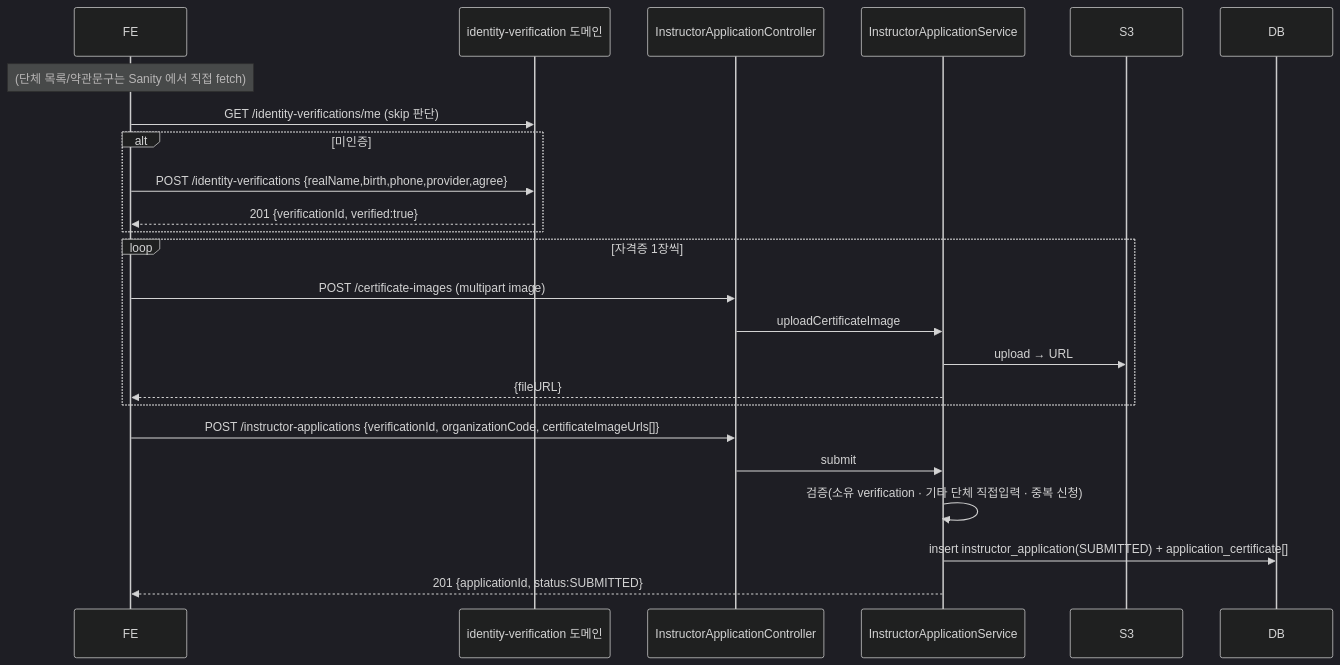
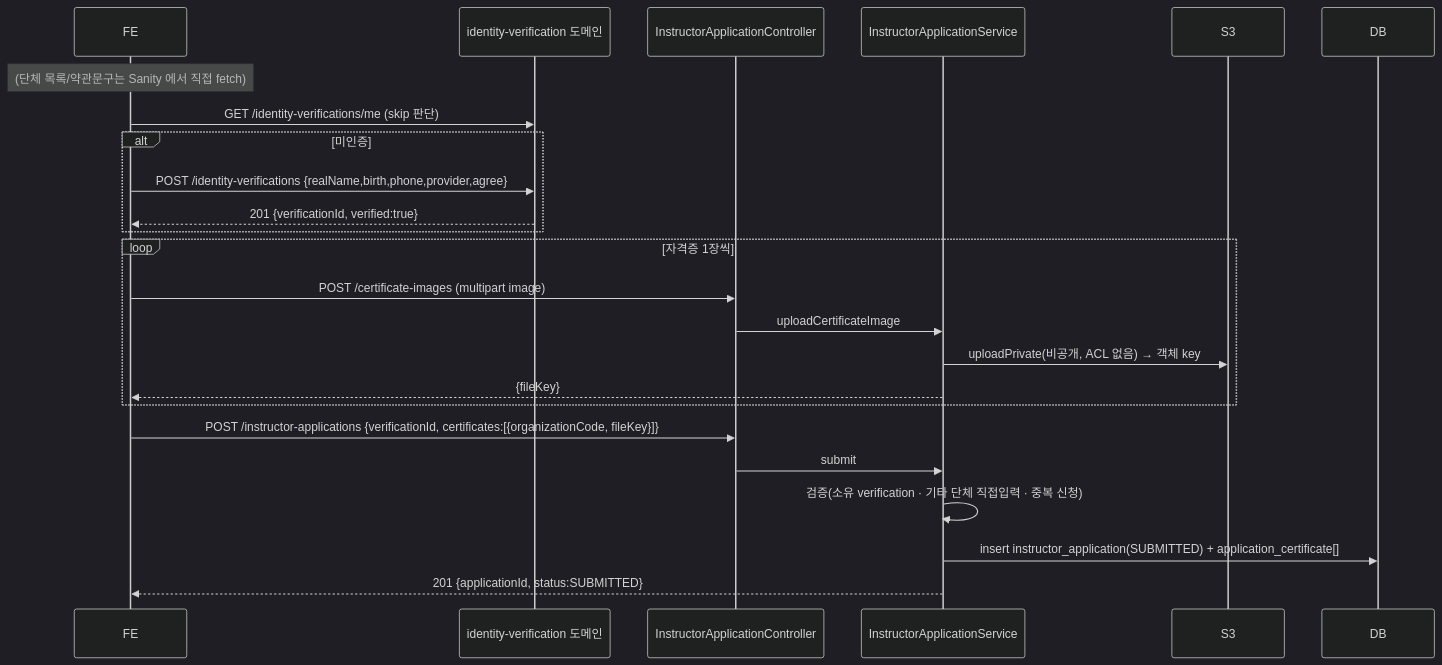
One commit to pungdong/Pungdong-Backend changed the second of 4 diagrams in docs/architecture/instructor-application.md. Above: the diagram before and after it, drawn with Mermaid (dark theme). The commit also changed other lines of this file and 1 other file, not shown here.

First line of the commit message:
Docs: 자격증 이미지 비공개+presigned 반영 (도메인·피처 문서)

````diff
--- a/docs/architecture/instructor-application.md
+++ b/docs/architecture/instructor-application.md
@@ -73,29 +77,29 @@
 ```mermaid
 sequenceDiagram
     participant FE
     participant IDV as identity-verification 도메인
     participant UC as InstructorApplicationController
     participant SVC as InstructorApplicationService
     participant S3
     participant DB
 
     Note over FE: (단체 목록/약관문구는 Sanity 에서 직접 fetch)
     FE->>IDV: GET /identity-verifications/me (skip 판단)
     alt 미인증
         FE->>IDV: POST /identity-verifications {realName,birth,phone,provider,agree}
         IDV-->>FE: 201 {verificationId, verified:true}
     end
 
     loop 자격증 1장씩
         FE->>UC: POST /certificate-images (multipart image)
         UC->>SVC: uploadCertificateImage
-        SVC->>S3: upload → URL
-        SVC-->>FE: {fileURL}
+        SVC->>S3: uploadPrivate(비공개, ACL 없음) → 객체 key
+        SVC-->>FE: {fileKey}
     end
 
-    FE->>UC: POST /instructor-applications {verificationId, organizationCode, certificateImageUrls[]}
+    FE->>UC: POST /instructor-applications {verificationId, certificates:[{organizationCode, fileKey}]}
     UC->>SVC: submit
     SVC->>SVC: 검증(소유 verification · 기타 단체 직접입력 · 중복 신청)
     SVC->>DB: insert instructor_application(SUBMITTED) + application_certificate[]
     SVC-->>FE: 201 {applicationId, status:SUBMITTED}
 ```
````
